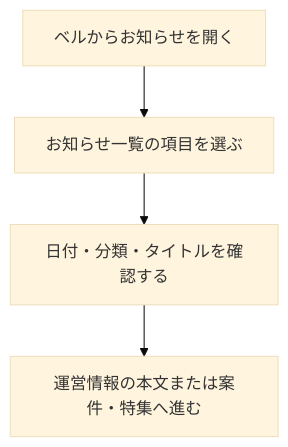
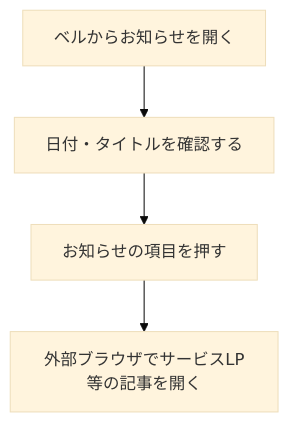
The diagram in docs/prd/features/F17-notifications.md (Min-Thu-Khant/pochipo-mock-en), drawn with Mermaid (base theme) before and after one commit. The commit also changed other lines of this file and 6 other files, not shown here.

````diff
--- a/docs/prd/features/F17-notifications.md
+++ b/docs/prd/features/F17-notifications.md
@@ -54,10 +62,10 @@
 ```mermaid
 flowchart TD
   A0["ベルからお知らせを開く"]
-  A1["お知らせ一覧の項目を選ぶ"]
-  A2["日付・分類・タイトルを確認する"]
-  A3["運営情報の本文または案件・特集へ進む"]
+  A1["日付・タイトルを確認する"]
+  A2["お知らせの項目を押す"]
+  A3["外部ブラウザでサービスLP等の記事を開く"]
   A0 --> A1
   A1 --> A2
   A2 --> A3
 ```
````
